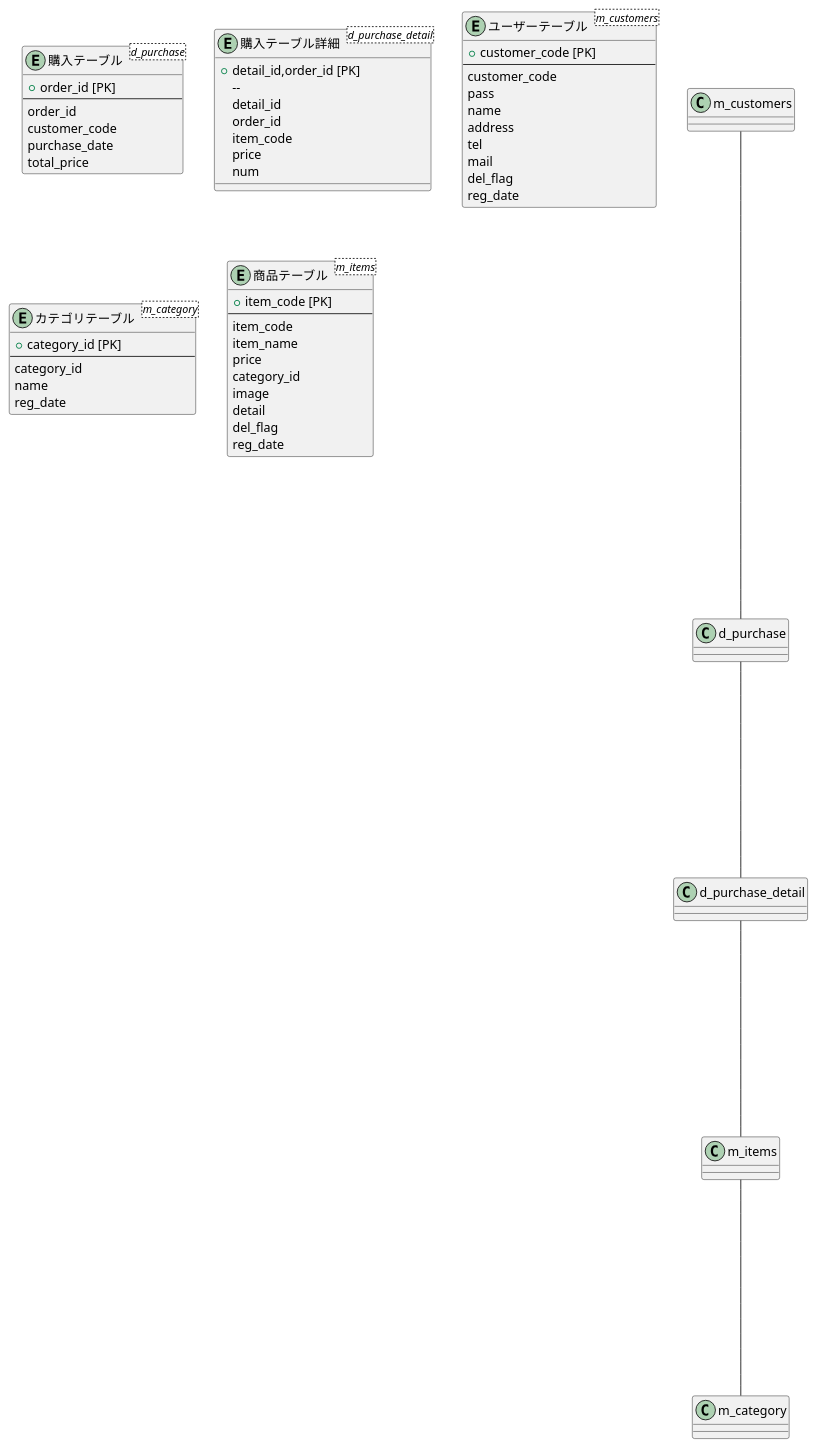
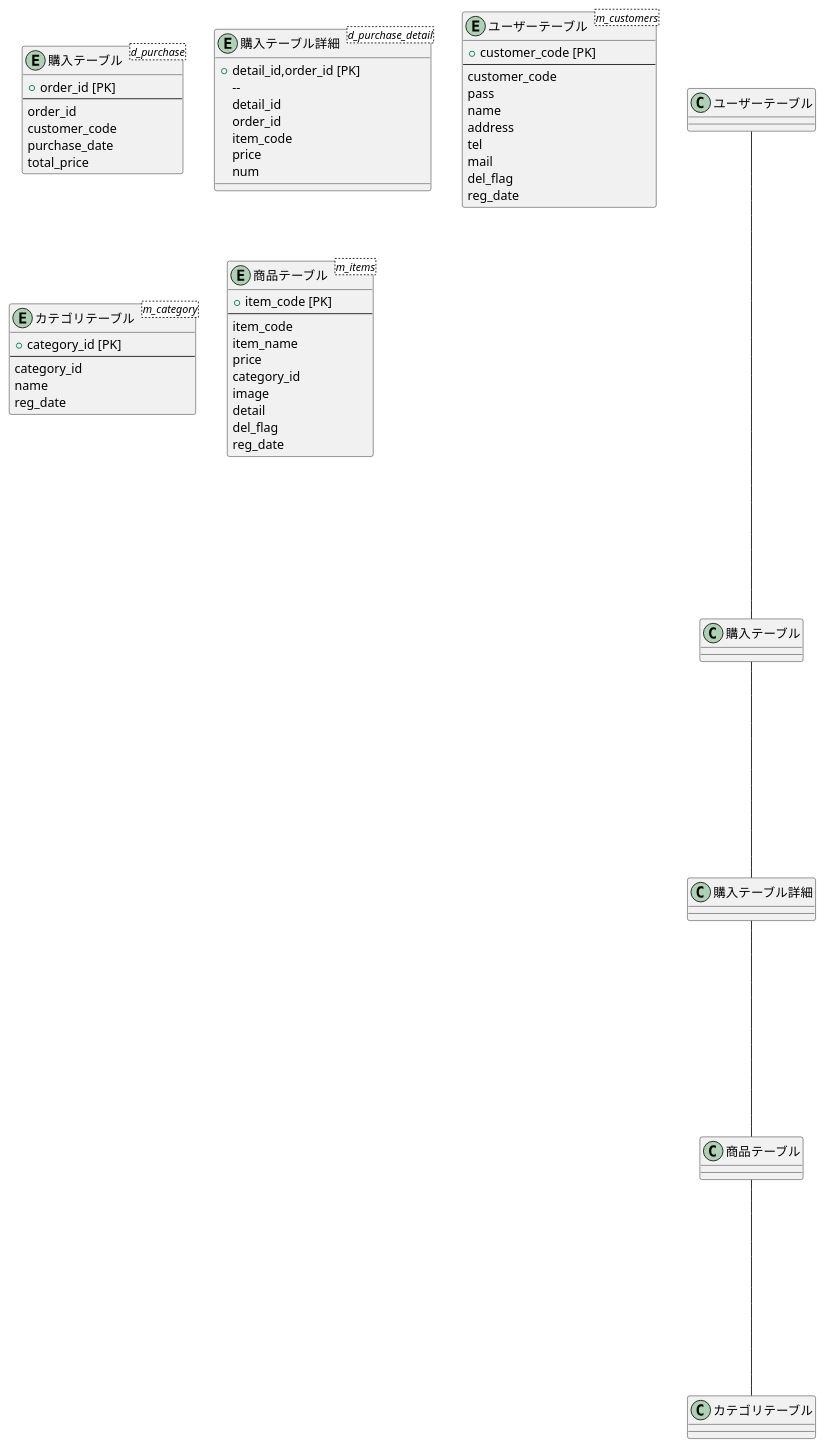
One commit to Aso2001137/2021sys-design changed the diagram in SaER.md. Above: the diagram before and after it, drawn with PlantUML.

````diff
--- a/SaER.md
+++ b/SaER.md
@@ -1,61 +1,61 @@
 ```uml
 @startuml
 entity "購入テーブル" as purchase <d_purchase> {
   + order_id [PK]
   --
   order_id
   customer_code
   purchase_date
   total_price
 }
 
 entity "購入テーブル詳細" as  purchase_detail <d_purchase_detail> {
 + detail_id,order_id [PK]
   --
   detail_id
   order_id
   item_code
   price
   num
 }
 
 entity "ユーザーテーブル" as  customer <m_customers>{
   + customer_code [PK]
   --
   customer_code
   pass
   name
   address
   tel
   mail
   del_flag
   reg_date
 }
 
 entity "カテゴリテーブル" as  category <m_category>{
   + category_id [PK]
   --
   category_id 
   name
   reg_date
 }
 
 entity "商品テーブル" as  items <m_items>{
   + item_code [PK]
   --
   item_code
   item_name
   price
   category_id
   image
   detail
   del_flag
   reg_date
 }
 
-m_customers ----- d_purchase
-d_purchase ----- d_purchase_detail
-d_purchase_detail ----- m_items
-m_items ----- m_category
+ユーザーテーブル ----- 購入テーブル
+購入テーブル ----- 購入テーブル詳細
+購入テーブル詳細 ----- 商品テーブル
+商品テーブル ----- カテゴリテーブル
 @enduml
 ```
````
